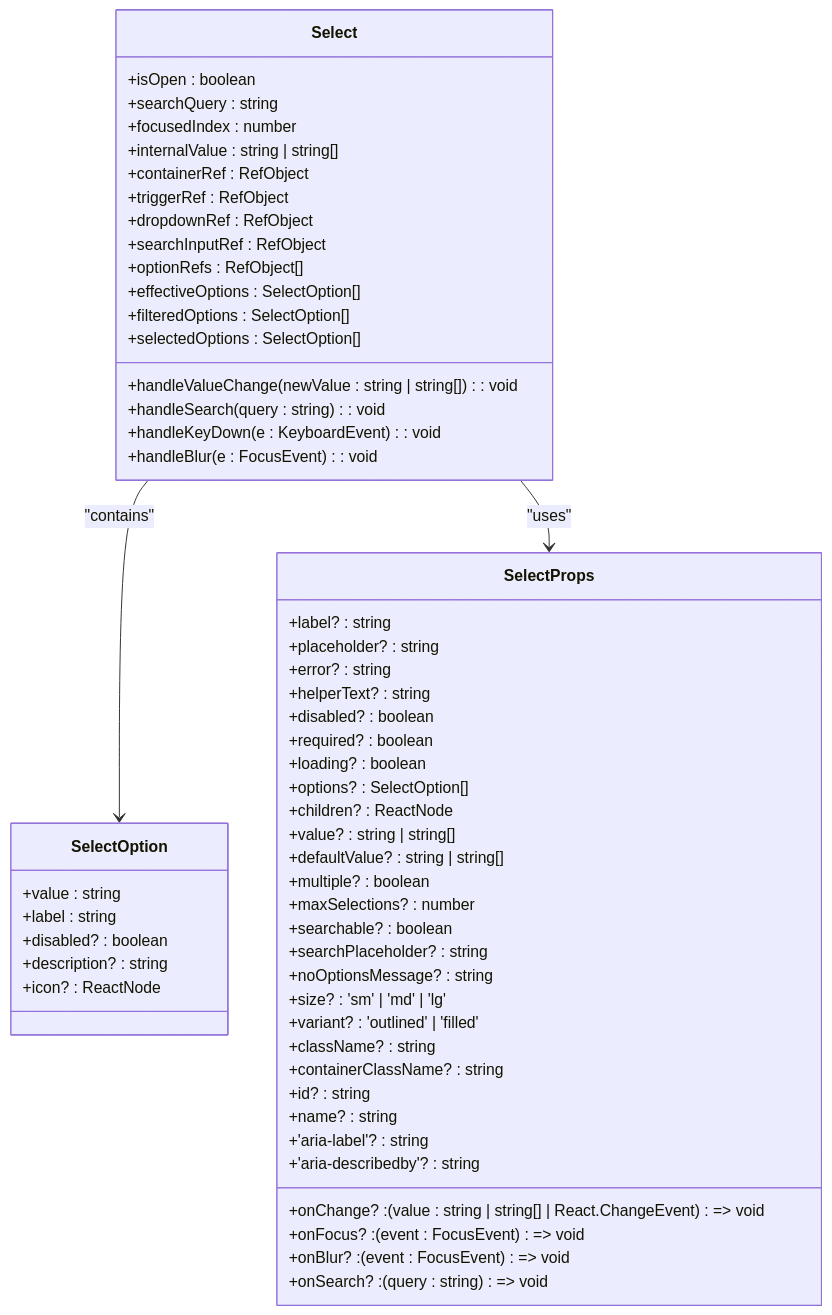
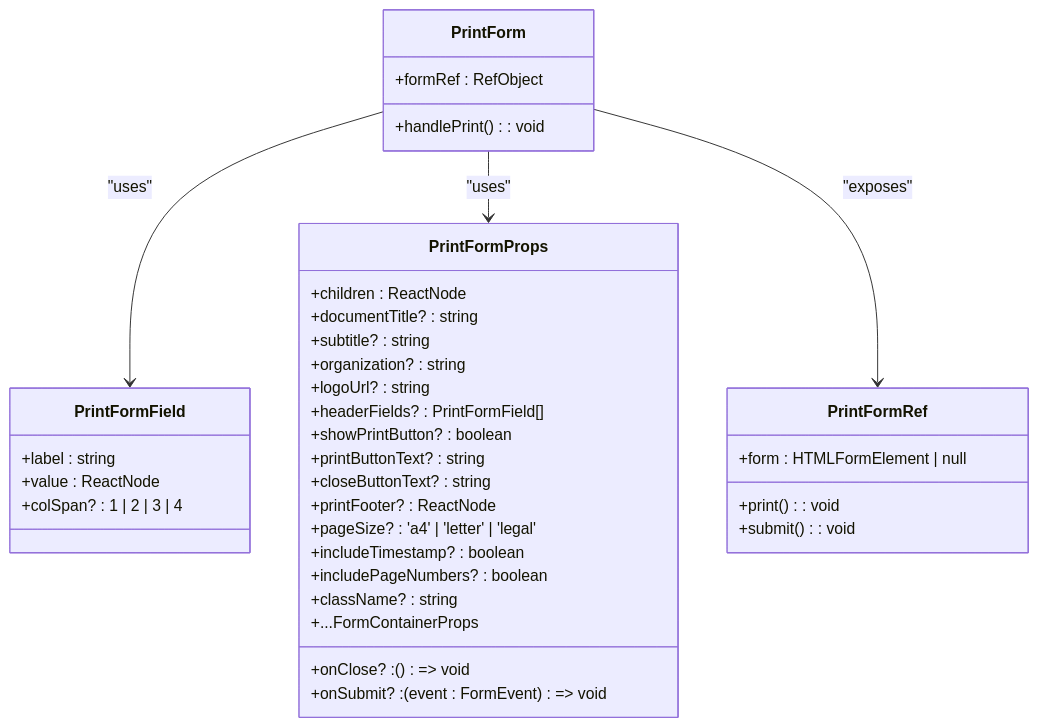
The fifth of 12 diagrams in .qoder/repowiki/en/content/UI Component Library/Form Components.md (geniusdynamics/schoolpilot), drawn with Mermaid before and after one commit. The commit also changed other lines of this file and 6 other files, not shown here.

````diff
--- a/.qoder/repowiki/en/content/UI Component Library/Form Components.md
+++ b/.qoder/repowiki/en/content/UI Component Library/Form Components.md
@@ -287,60 +245,39 @@
 ```mermaid
 classDiagram
-class SelectOption {
-+value : string
+class PrintFormField {
 +label : string
-+disabled? : boolean
-+description? : string
-+icon? : ReactNode
++value : ReactNode
++colSpan? : 1 | 2 | 3 | 4
 }
-class SelectProps {
-+label? : string
-+placeholder? : string
-+error? : string
-+helperText? : string
-+disabled? : boolean
-+required? : boolean
-+loading? : boolean
-+options? : SelectOption[]
-+children? : ReactNode
-+value? : string | string[]
-+defaultValue? : string | string[]
-+onChange? : (value : string | string[] | React.ChangeEvent) => void
-+multiple? : boolean
-+maxSelections? : number
-+searchable? : boolean
-+searchPlaceholder? : string
-+noOptionsMessage? : string
-+size? : 'sm' | 'md' | 'lg'
-+variant? : 'outlined' | 'filled'
+class PrintFormProps {
++children : ReactNode
++documentTitle? : string
++subtitle? : string
++organization? : string
++logoUrl? : string
++headerFields? : PrintFormField[]
++showPrintButton? : boolean
++printButtonText? : string
++closeButtonText? : string
++onClose? : () => void
++printFooter? : ReactNode
++pageSize? : 'a4' | 'letter' | 'legal'
++includeTimestamp? : boolean
++includePageNumbers? : boolean
++onSubmit? : (event : FormEvent) => void
 +className? : string
-+containerClassName? : string
-+id? : string
-+name? : string
-+'aria-label'? : string
-+'aria-describedby'? : string
-+onFocus? : (event : FocusEvent) => void
-+onBlur? : (event : FocusEvent) => void
-+onSearch? : (query : string) => void
++...FormContainerProps
 }
-class Select {
-+isOpen : boolean
-+searchQuery : string
-+focusedIndex : number
-+internalValue : string | string[]
-+containerRef : RefObject
-+triggerRef : RefObject
-+dropdownRef : RefObject
-+searchInputRef : RefObject
-+optionRefs : RefObject[]
-+effectiveOptions : SelectOption[]
-+filteredOptions : SelectOption[]
-+selectedOptions : SelectOption[]
-+handleValueChange(newValue : string | string[]) : void
-+handleSearch(query : string) : void
-+handleKeyDown(e : KeyboardEvent) : void
-+handleBlur(e : FocusEvent) : void
+class PrintFormRef {
++form : HTMLFormElement | null
++print() : void
++submit() : void
 }
-Select --> SelectOption : "contains"
-Select --> SelectProps : "uses"
+class PrintForm {
++formRef : RefObject
++handlePrint() : void
+}
+PrintForm --> PrintFormField : "uses"
+PrintForm --> PrintFormProps : "uses"
+PrintForm --> PrintFormRef : "exposes"
 ```
````
